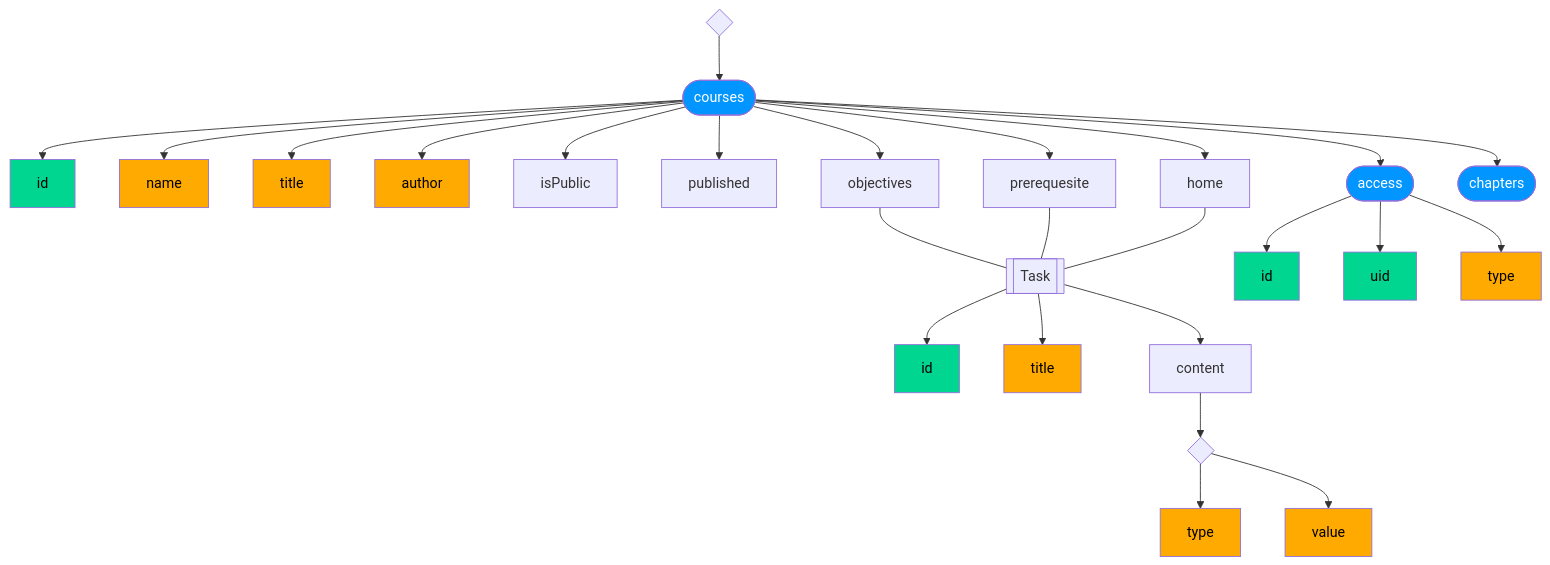
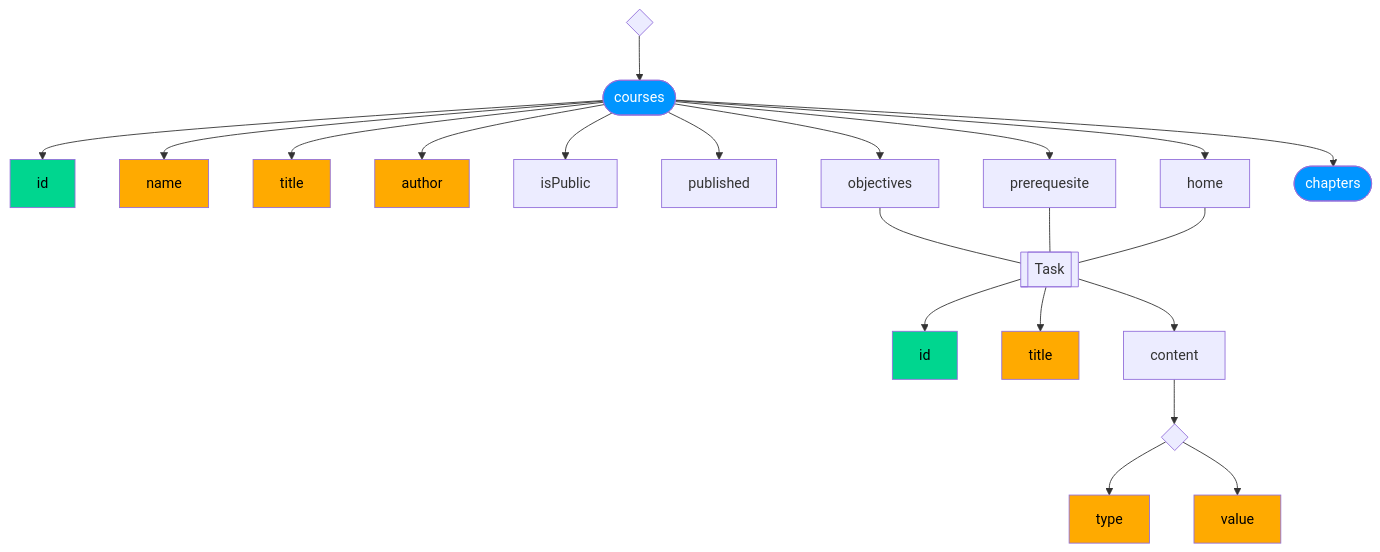
One commit to Temechon/nexify.io changed the third of 6 diagrams in docs/datamodel.md. Above: the diagram before and after it, drawn with Mermaid. The commit also changed other lines of this file and 11 other files, not shown here.

````diff
--- a/docs/datamodel.md
+++ b/docs/datamodel.md
@@ -16,33 +29,30 @@
 ```mermaid
 graph TD
 root{ } --> c
 c([courses]) --> id
 c --> name
 c --> title
 c --> author
 c --> isPublic
 c --> published
 c --> obj[objectives] --- task
 c --> pre[prerequesite] --- task
 c --> hom[home] --- task
-c --> use([access])
 c --> cha([chapters])
 
 task[[Task]] --> id2[id]
 task --> title2[title]
 task --> content2[content] --> cc{ }
 cc --> type
 cc --> value
-
-use --> iduse[id] & userid[uid] & typeuse[type]
 
 
 classDef ids fill:#00d68f,color:black;
 classDef string fill:#ffaa00,color:black;
 classDef collections fill:#0095ff,color:white;
 
 class c,cha,use collections;
 class id,id2,iduse,userid ids;
 class name,title,title2,type,value,typeuse,author string;
 
 ```
````
